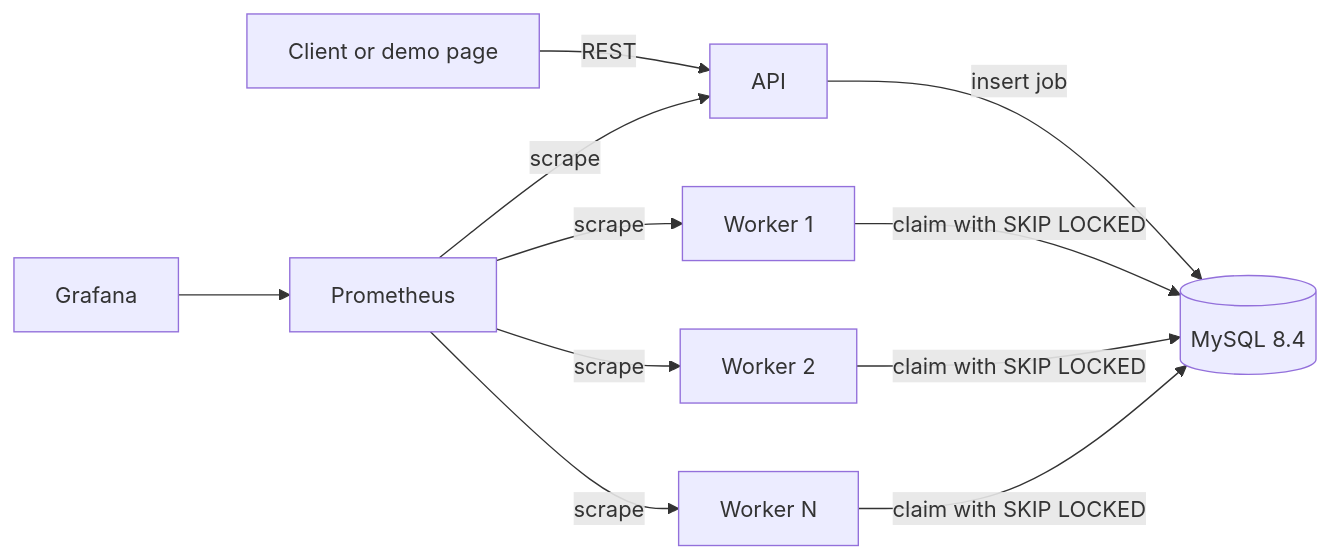
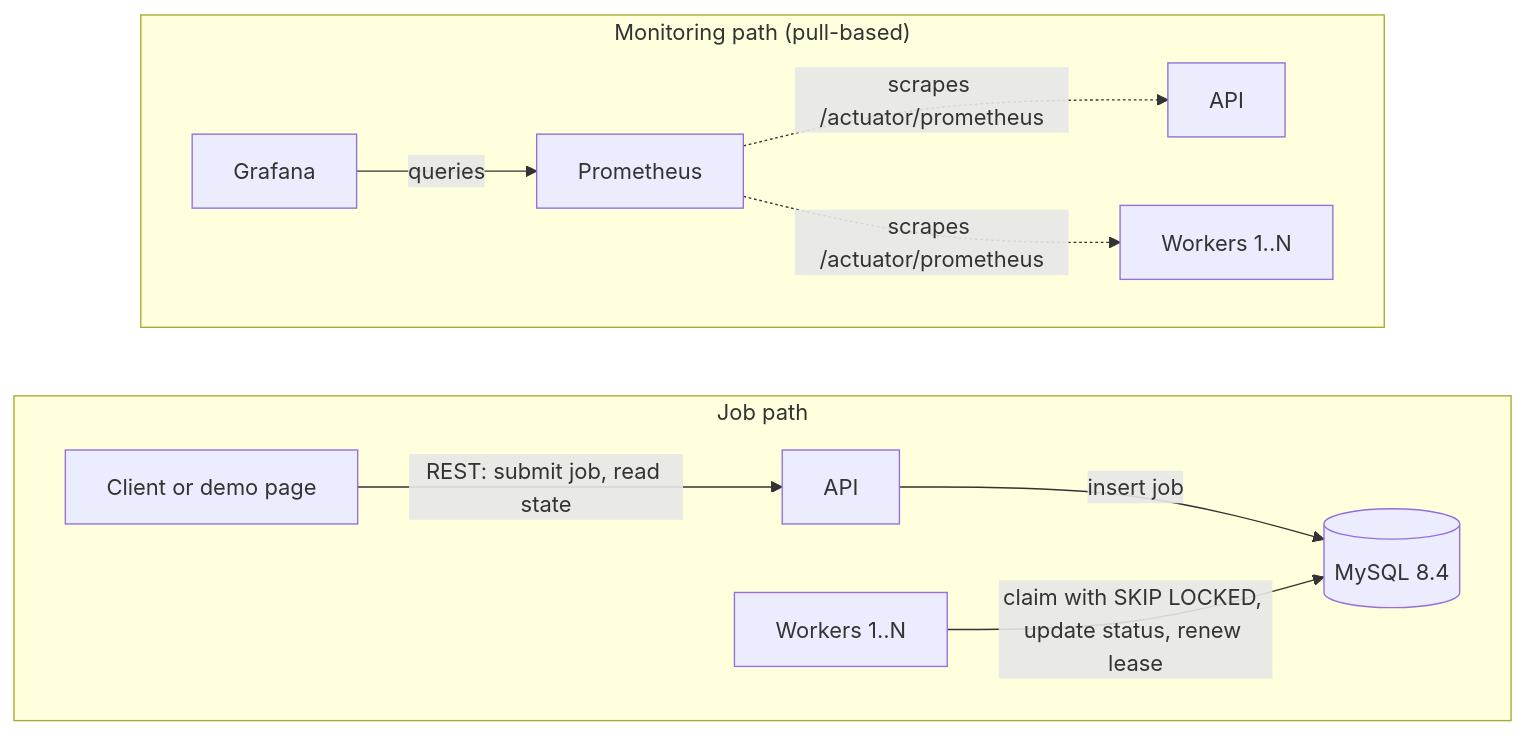
Before and after one commit to dev-saheblalshaikh/distributed-job-scheduler: the diagram in README.md, drawn with Mermaid. The commit also changed other lines of this file, not shown here.

Commit message:
`Enhance README with detailed architecture flowchart`
Updated architecture diagram to include job and monitoring paths.

````diff
--- a/README.md
+++ b/README.md
@@ -41,13 +41,15 @@
 ```mermaid
 flowchart LR
-    client["Client or demo page"] -->|REST| api["API"]
-    api -->|insert job| db[("MySQL 8.4")]
-    w1["Worker 1"] -->|claim with SKIP LOCKED| db
-    w2["Worker 2"] -->|claim with SKIP LOCKED| db
-    w3["Worker N"] -->|claim with SKIP LOCKED| db
-    prom["Prometheus"] -->|scrape| api
-    prom -->|scrape| w1
-    prom -->|scrape| w2
-    prom -->|scrape| w3
-    graf["Grafana"] --> prom
+    subgraph jobs["Job path"]
+        direction LR
+        client["Client or demo page"] -->|"REST: submit job, read state"| api["API"]
+        api -->|"insert job"| db[("MySQL 8.4")]
+        w["Workers 1..N"] -->|"claim with SKIP LOCKED, update status, renew lease"| db
+    end
+    subgraph obs["Monitoring path (pull-based)"]
+        direction LR
+        graf["Grafana"] -->|"queries"| prom["Prometheus"]
+        prom -.->|"scrapes /actuator/prometheus"| api2["API"]
+        prom -.->|"scrapes /actuator/prometheus"| w2["Workers 1..N"]
+    end
 ```
````
